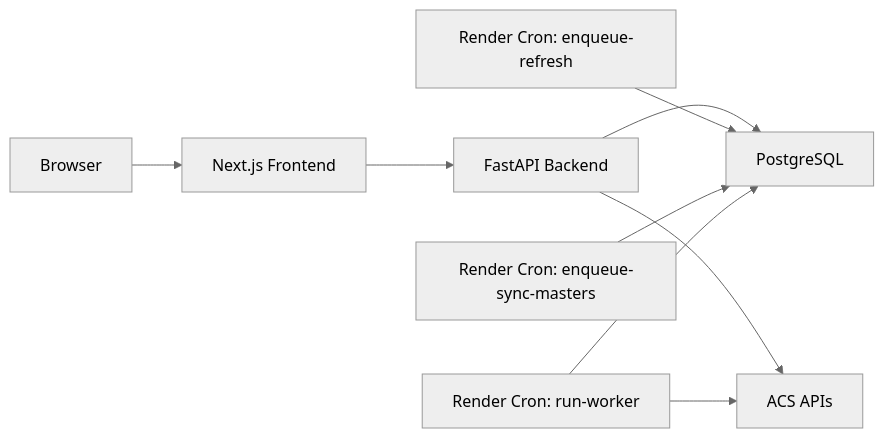
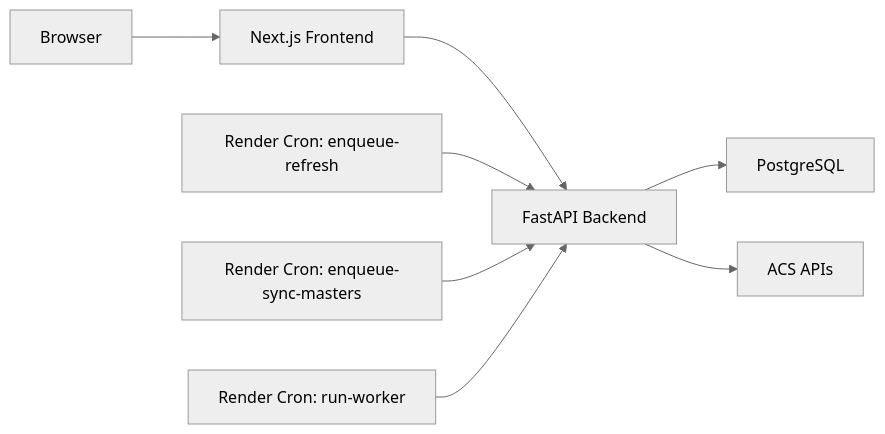
The diagram in README.md (jassnet/Fraudhunter), drawn with Mermaid (neutral theme) before and after one commit. The commit also changed other lines of this file and 3 other files, not shown here.

````diff
--- a/README.md
+++ b/README.md
@@ -105,11 +72,10 @@
 ```mermaid
 flowchart LR
     Browser["Browser"] --> FE["Next.js Frontend"]
     FE --> API["FastAPI Backend"]
     API --> DB["PostgreSQL"]
     API --> ACS["ACS APIs"]
-    RefreshCron["Render Cron: enqueue-refresh"] --> DB
-    MasterCron["Render Cron: enqueue-sync-masters"] --> DB
-    WorkerCron["Render Cron: run-worker"] --> DB
-    WorkerCron --> ACS
+    RefreshCron["Render Cron: enqueue-refresh"] --> API
+    MasterCron["Render Cron: enqueue-sync-masters"] --> API
+    WorkerCron["Render Cron: run-worker"] --> API
 ```
````
